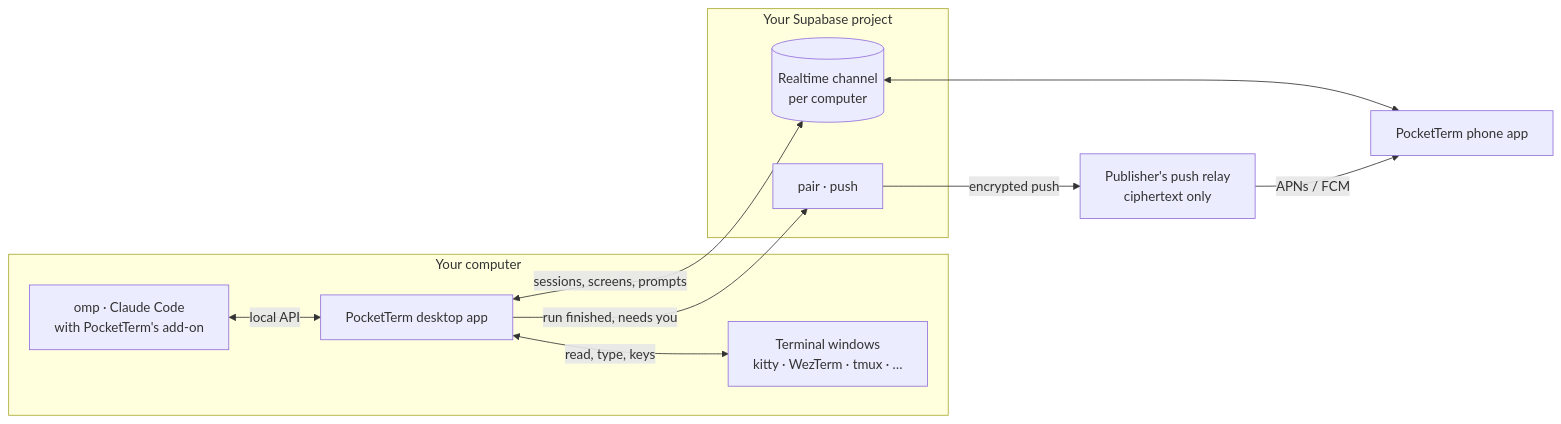
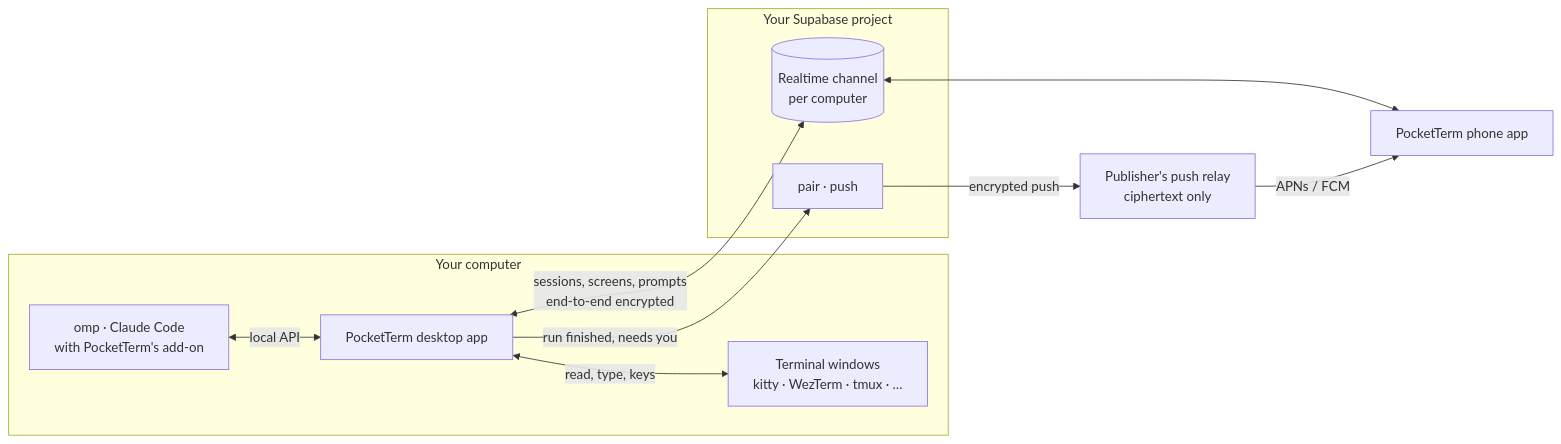
Before and after one commit to danyzmaj-apps/pocketterm: the diagram in README.md, drawn with Mermaid. The commit also changed other lines of this file and 46 other files, not shown here.

````diff
--- a/README.md
+++ b/README.md
@@ -42,21 +42,21 @@
 ```mermaid
 flowchart LR
   subgraph computer ["Your computer"]
     agents["omp · Claude Code<br/>with PocketTerm's add-on"]
     terms["Terminal windows<br/>kitty · WezTerm · tmux · …"]
     desktop["PocketTerm desktop app"]
     agents <-->|"local API"| desktop
     desktop <-->|"read, type, keys"| terms
   end
   subgraph yours ["Your Supabase project"]
     rt[("Realtime channel<br/>per computer")]
     fn["pair · push"]
   end
   phone["PocketTerm phone app"]
   relay["Publisher's push relay<br/>ciphertext only"]
-  desktop <-->|"sessions, screens, prompts"| rt
+  desktop <-->|"sessions, screens, prompts<br/>end-to-end encrypted"| rt
   rt <--> phone
   desktop -->|"run finished, needs you"| fn
   fn -->|"encrypted push"| relay
   relay -->|"APNs / FCM"| phone
 ```
````
